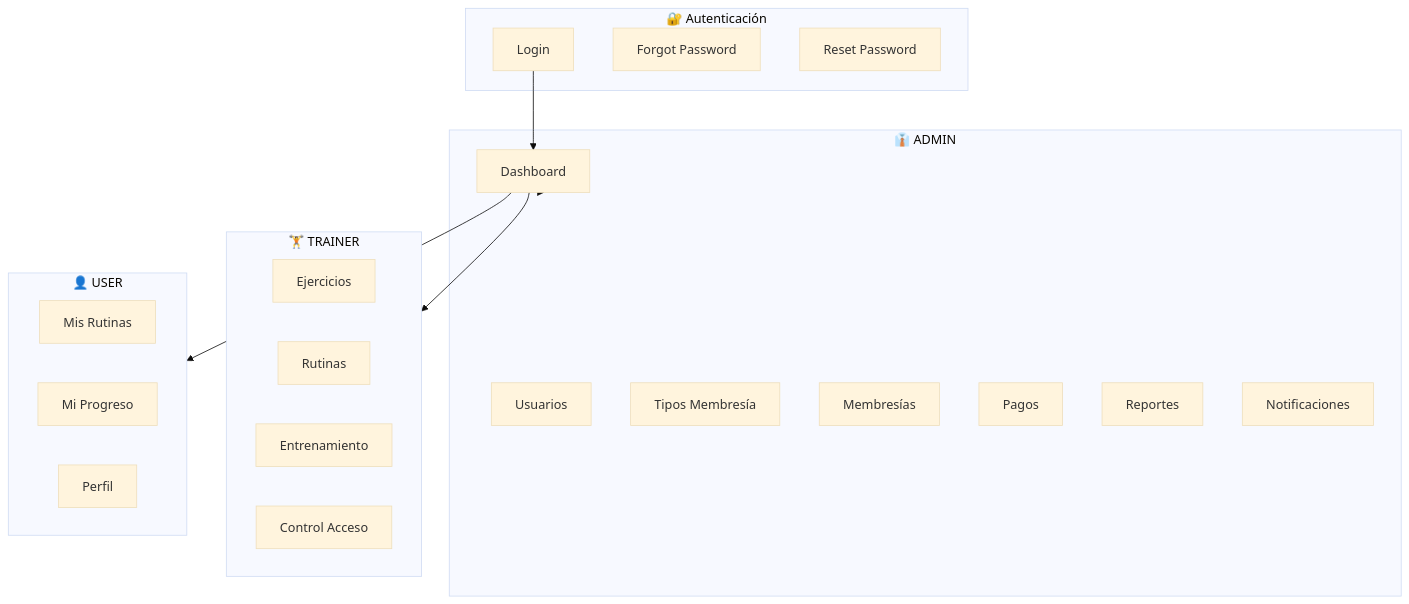
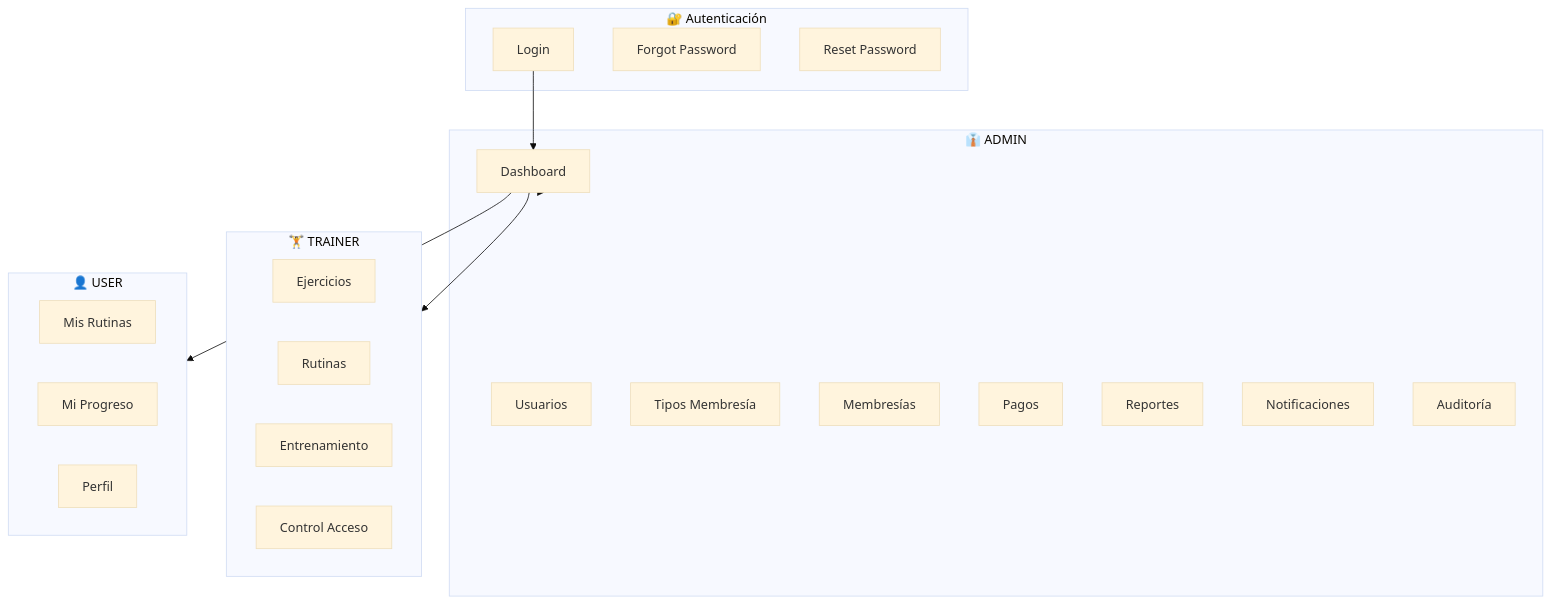
One commit to fedebracesco1990/fitflow changed the first of 9 diagrams in docs/USER_FLOWS.md. Above: the diagram before and after it, drawn with Mermaid (base theme). The commit also changed other lines of this file and 6 other files, not shown here.

First line of the commit message:
docs: document audit-logs and scheduler, fix data model and user flows

````diff
--- a/docs/USER_FLOWS.md
+++ b/docs/USER_FLOWS.md
@@ -21,36 +21,37 @@
 ```mermaid
 graph TB
     subgraph Auth["🔐 Autenticación"]
         Login[Login]
         ForgotPwd[Forgot Password]
         ResetPwd[Reset Password]
     end
 
     subgraph Admin["👔 ADMIN"]
         Dashboard[Dashboard]
         Users[Usuarios]
         MembershipTypes[Tipos Membresía]
         Memberships[Membresías]
         Payments[Pagos]
         Reports[Reportes]
         NotifAdmin[Notificaciones]
+        AuditLogs[Auditoría]
     end
 
     subgraph Trainer["🏋️ TRAINER"]
         Exercises[Ejercicios]
         Routines[Rutinas]
         Training[Entrenamiento]
         Access[Control Acceso]
     end
 
     subgraph User["👤 USER"]
         MyRoutines[Mis Rutinas]
         MyProgress[Mi Progreso]
         Profile[Perfil]
     end
 
     Login --> Dashboard
     Dashboard --> Admin
     Dashboard --> Trainer
     Dashboard --> User
 ```
````
